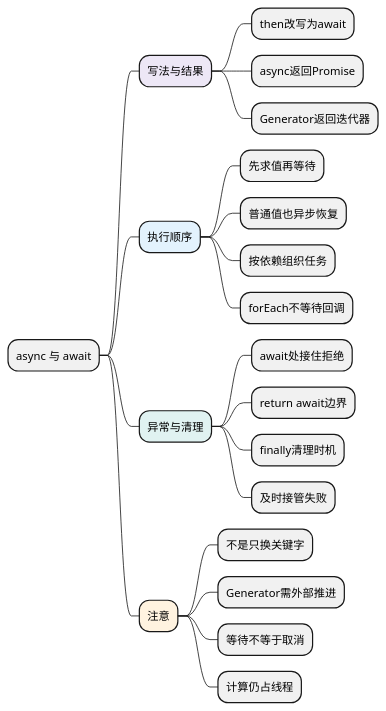
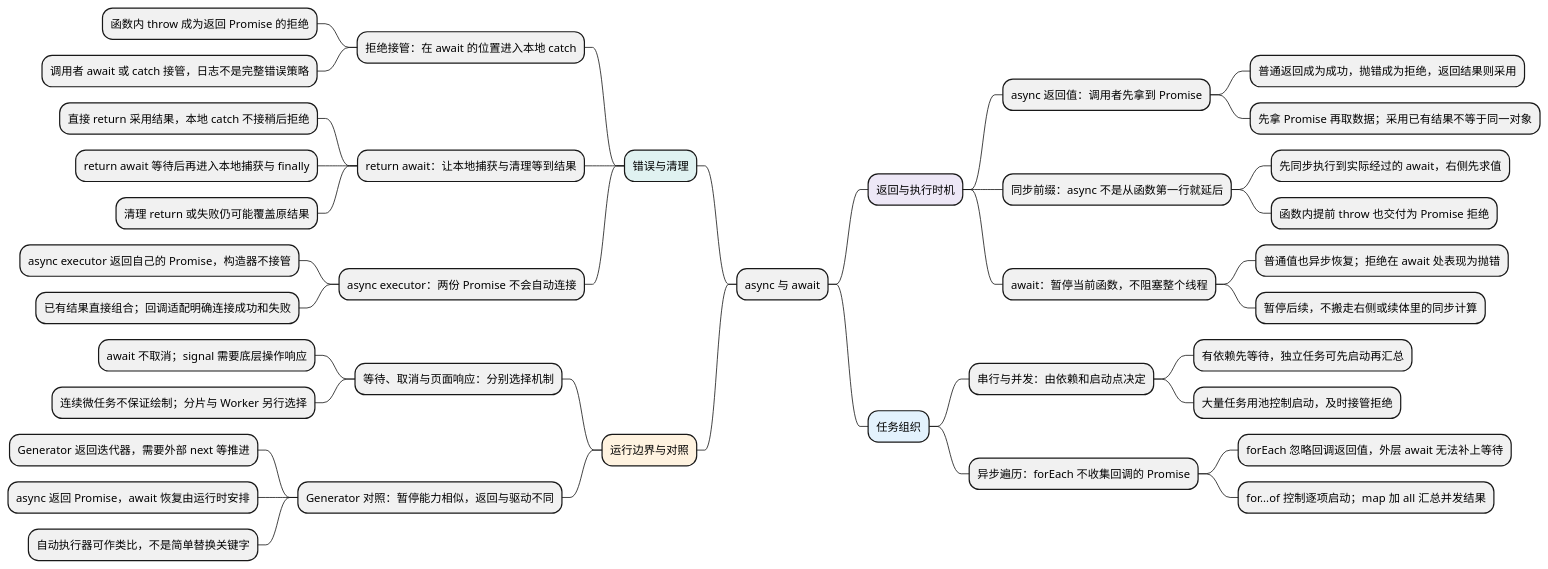
The diagram in docs/AI前端全栈教材/01_JavaScript/04_异步机制/03_async与await.md (chenx18/JAVA), drawn with PlantUML before and after one commit. The commit also changed other lines of this file and 84 other files, not shown here.

````diff
--- a/docs/AI前端全栈教材/01_JavaScript/04_异步机制/03_async与await.md
+++ b/docs/AI前端全栈教材/01_JavaScript/04_异步机制/03_async与await.md
@@ -9,31 +9,49 @@
 ```plantuml
 @startmindmap
 skinparam defaultFontName Microsoft YaHei
 skinparam defaultFontSize 14
 skinparam dpi 100
 skinparam backgroundColor white
 skinparam shadowing false
 
 * async 与 await
-**[#EDE7F6] 写法与结果
-*** then改写为await
-*** async返回Promise
-*** Generator返回迭代器
-**[#E3F2FD] 执行顺序
-*** 先求值再等待
-*** 普通值也异步恢复
-*** 按依赖组织任务
-*** forEach不等待回调
-**[#E0F2F1] 异常与清理
-*** await处接住拒绝
-*** return await边界
-*** finally清理时机
-*** 及时接管失败
-**[#FFF3E0] 注意
-*** 不是只换关键字
-*** Generator需外部推进
-*** 等待不等于取消
-*** 计算仍占线程
+**[#EDE7F6] 返回与执行时机
+*** async 返回值：调用者先拿到 Promise
+**** 普通返回成为成功，抛错成为拒绝，返回结果则采用
+**** 先拿 Promise 再取数据；采用已有结果不等于同一对象
+*** 同步前缀：async 不是从函数第一行就延后
+**** 先同步执行到实际经过的 await，右侧先求值
+**** 函数内提前 throw 也交付为 Promise 拒绝
+*** await：暂停当前函数，不阻塞整个线程
+**** 普通值也异步恢复；拒绝在 await 处表现为抛错
+**** 暂停后续，不搬走右侧或续体里的同步计算
+**[#E3F2FD] 任务组织
+*** 串行与并发：由依赖和启动点决定
+**** 有依赖先等待，独立任务可先启动再汇总
+**** 大量任务用池控制启动，及时接管拒绝
+*** 异步遍历：forEach 不收集回调的 Promise
+**** forEach 忽略回调返回值，外层 await 无法补上等待
+**** for...of 控制逐项启动；map 加 all 汇总并发结果
+left side
+**[#E0F2F1] 错误与清理
+*** 拒绝接管：在 await 的位置进入本地 catch
+**** 函数内 throw 成为返回 Promise 的拒绝
+**** 调用者 await 或 catch 接管，日志不是完整错误策略
+*** return await：让本地捕获与清理等到结果
+**** 直接 return 采用结果，本地 catch 不接稍后拒绝
+**** return await 等待后再进入本地捕获与 finally
+**** 清理 return 或失败仍可能覆盖原结果
+*** async executor：两份 Promise 不会自动连接
+**** async executor 返回自己的 Promise，构造器不接管
+**** 已有结果直接组合；回调适配明确连接成功和失败
+**[#FFF3E0] 运行边界与对照
+*** 等待、取消与页面响应：分别选择机制
+**** await 不取消；signal 需要底层操作响应
+**** 连续微任务不保证绘制；分片与 Worker 另行选择
+*** Generator 对照：暂停能力相似，返回与驱动不同
+**** Generator 返回迭代器，需要外部 next 等推进
+**** async 返回 Promise，await 恢复由运行时安排
+**** 自动执行器可作类比，不是简单替换关键字
 
 @endmindmap
 ```
````
